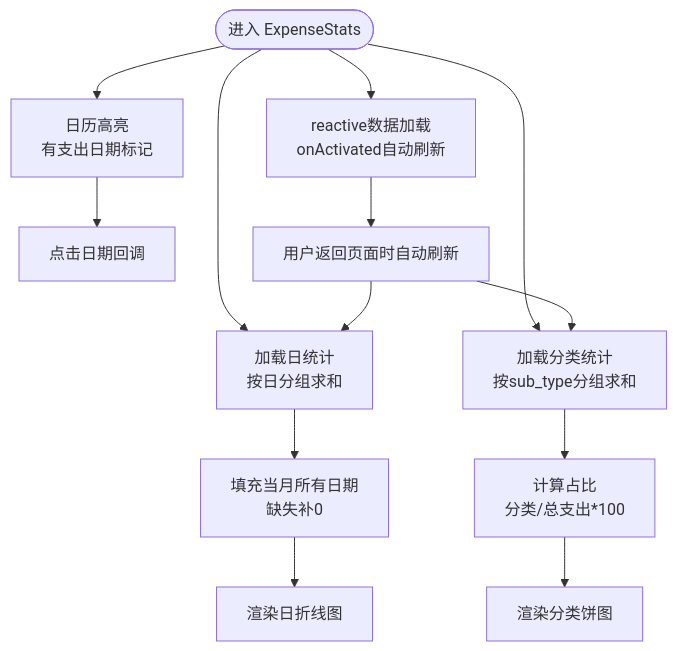
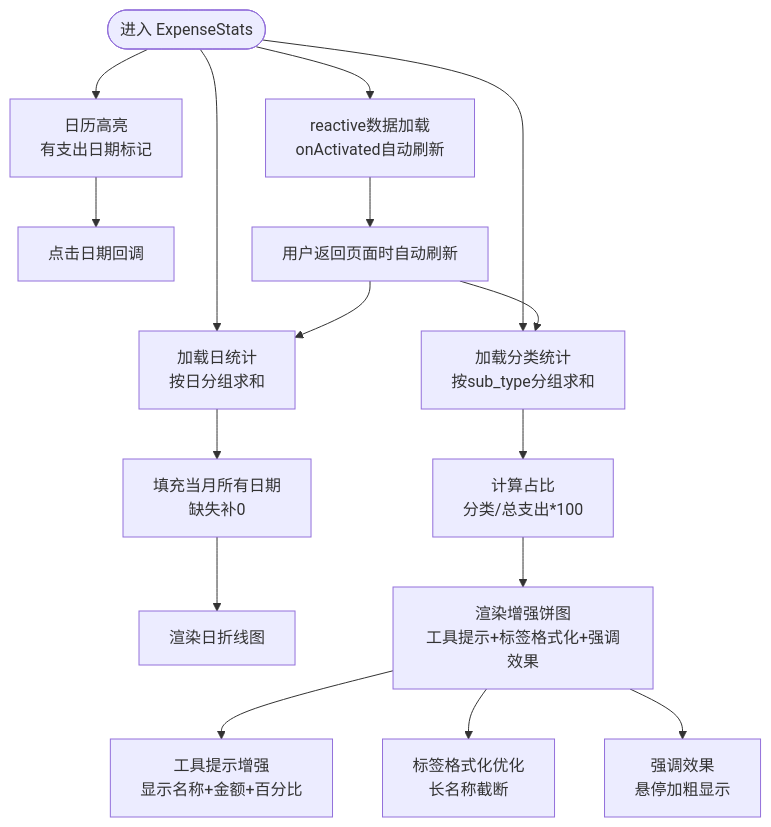
The third of 7 diagrams in .qoder/repowiki/zh/content/支出管理/支出统计分析.md (xiao-lin-unit/yuan), drawn with Mermaid before and after one commit. The commit also changed other lines of this file and 16 other files, not shown here.

````diff
--- a/.qoder/repowiki/zh/content/支出管理/支出统计分析.md
+++ b/.qoder/repowiki/zh/content/支出管理/支出统计分析.md
@@ -140,15 +145,18 @@
 ```mermaid
 flowchart TD
 Start(["进入 ExpenseStats"]) --> LoadDaily["加载日统计<br/>按日分组求和"]
 LoadDaily --> FillMonth["填充当月所有日期<br/>缺失补0"]
 FillMonth --> RenderDaily["渲染日折线图"]
 Start --> LoadCat["加载分类统计<br/>按sub_type分组求和"]
 LoadCat --> CalcPercent["计算占比<br/>分类/总支出*100"]
-CalcPercent --> RenderPie["渲染分类饼图"]
+CalcPercent --> EnhancedPie["渲染增强饼图<br/>工具提示+标签格式化+强调效果"]
+EnhancedPie --> ToolTip["工具提示增强<br/>显示名称+金额+百分比"]
+EnhancedPie --> LabelFormat["标签格式化优化<br/>长名称截断"]
+EnhancedPie --> Emphasis["强调效果<br/>悬停加粗显示"]
 Start --> Calendar["日历高亮<br/>有支出日期标记"]
 Calendar --> Click["点击日期回调"]
 Start --> Reactive["reactive数据加载<br/>onActivated自动刷新"]
 Reactive --> AutoRefresh["用户返回页面时自动刷新"]
 AutoRefresh --> LoadDaily
 AutoRefresh --> LoadCat
 ```
````
